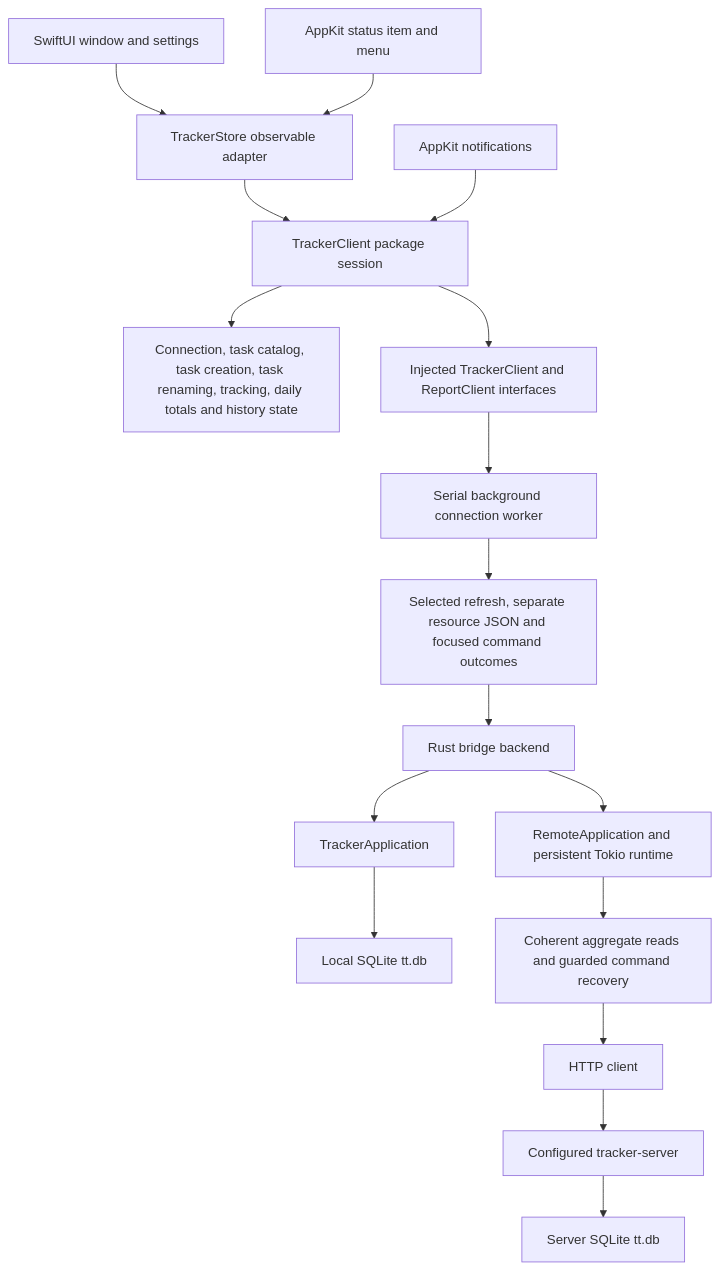
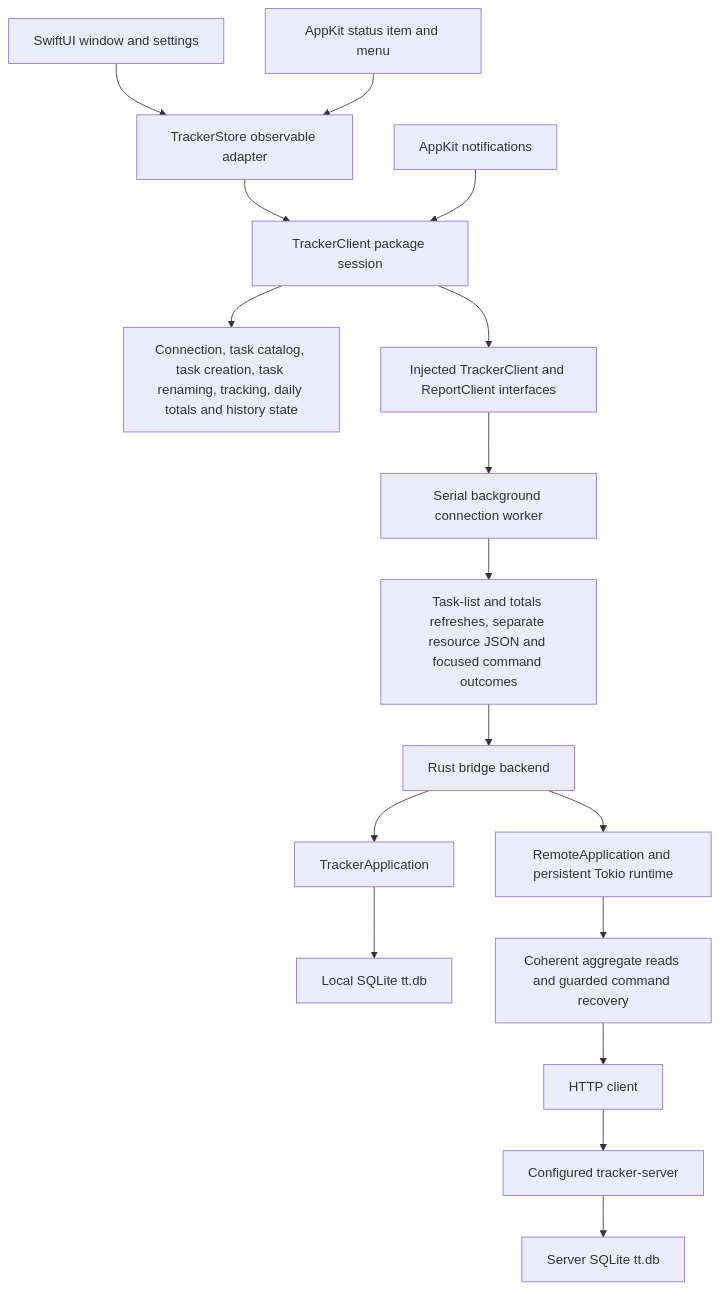
Before and after one commit to remshams/time-tracker: the diagram in apps/swiftui/README.md, drawn with Mermaid. The commit also changed other lines of this file, not shown here.

First line of the commit message:
docs(TimeTrackerSwiftUI): describe the single task-list and totals refresh path

````diff
--- a/apps/swiftui/README.md
+++ b/apps/swiftui/README.md
@@ -295,19 +295,19 @@
 ```mermaid
 flowchart TD
     UI[SwiftUI window and settings] --> Store[TrackerStore observable adapter]
     Menu[AppKit status item and menu] --> Store
     Store --> Session[TrackerClient package session]
     Session --> Features[Connection, task catalog, task creation, task renaming, tracking, daily totals and history state]
     Lifecycle[AppKit notifications] --> Session
     Session --> Port[Injected TrackerClient and ReportClient interfaces]
     Port --> Worker[Serial background connection worker]
-    Worker --> ABI[Selected refresh, separate resource JSON and focused command outcomes]
+    Worker --> ABI[Task-list and totals refreshes, separate resource JSON and focused command outcomes]
     ABI --> Backend[Rust bridge backend]
     Backend --> Local[TrackerApplication]
     Local --> DB[Local SQLite tt.db]
     Backend --> Remote[RemoteApplication and persistent Tokio runtime]
     Remote --> Coordinator[Coherent aggregate reads and guarded command recovery]
     Coordinator --> HTTP[HTTP client]
     HTTP --> Server[Configured tracker-server]
     Server --> ServerDB[Server SQLite tt.db]
 ```
````
